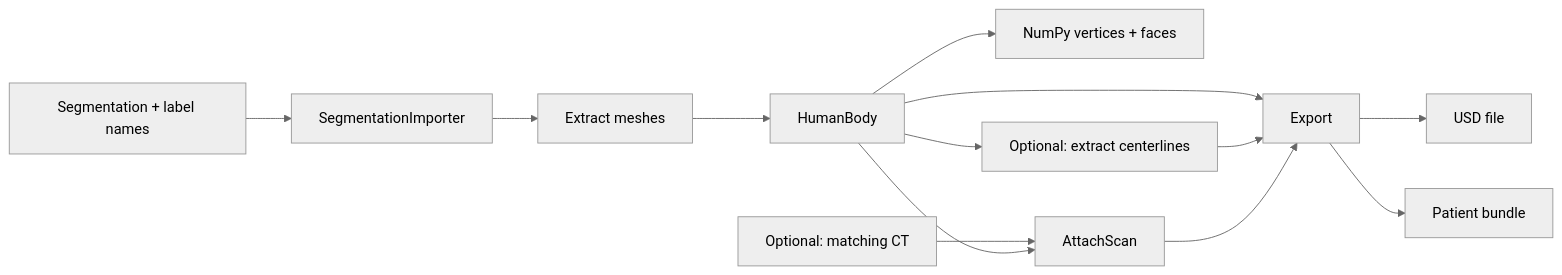
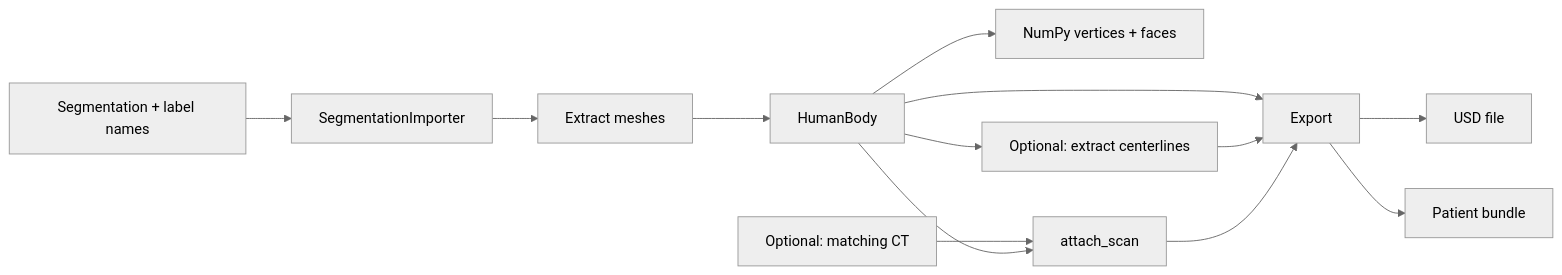
Before and after one commit to isaac-for-healthcare/i4h-digital-twin: the first of 2 diagrams in patient-digital-twin/README.md, drawn with Mermaid (neutral theme). The commit also changed other lines of this file and 35 other files, not shown here.

````diff
--- a/patient-digital-twin/README.md
+++ b/patient-digital-twin/README.md
@@ -6,14 +6,14 @@
 ```mermaid
 flowchart LR
     S["Segmentation + label names"] --> I["SegmentationImporter"]
     I --> M["Extract meshes"] --> B["HumanBody"]
     B --> A["NumPy vertices + faces"]
     B --> C["Optional: extract centerlines"]
-    T["Optional: matching CT"] --> V["AttachScan"]
+    T["Optional: matching CT"] --> V["attach_scan"]
     B --> V
     B --> E["Export"]
     C --> E
     V --> E
     E --> U["USD file"]
     E --> W["Patient bundle"]
 ```
````
